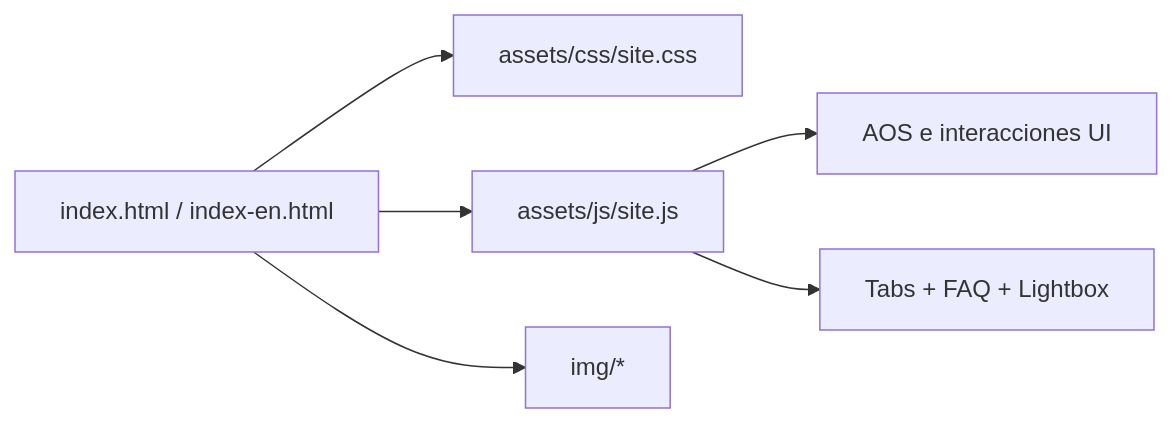
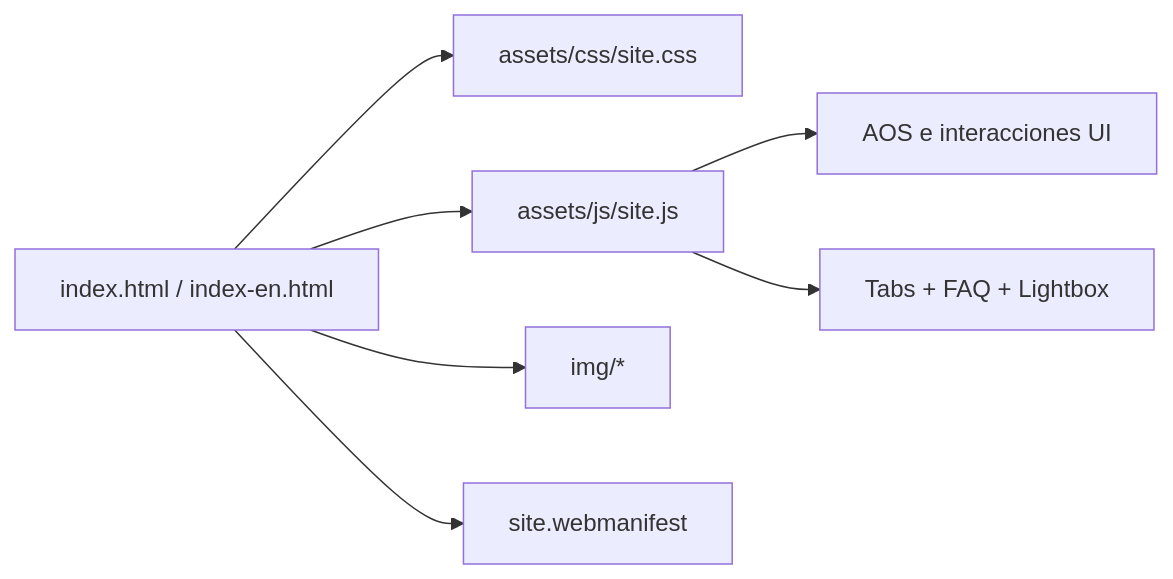
The diagram in README.md (MaickR/vientre_divino), drawn with Mermaid before and after one commit. The commit also changed other lines of this file and 4 other files, not shown here.

````diff
--- a/README.md
+++ b/README.md
@@ -42,8 +54,9 @@
 ```mermaid
 flowchart LR
   A[index.html / index-en.html] --> B[assets/css/site.css]
   A --> C[assets/js/site.js]
   A --> D[img/*]
-  C --> E[AOS e interacciones UI]
-  C --> F[Tabs + FAQ + Lightbox]
+  A --> E[site.webmanifest]
+  C --> F[AOS e interacciones UI]
+  C --> G[Tabs + FAQ + Lightbox]
 ```
````
